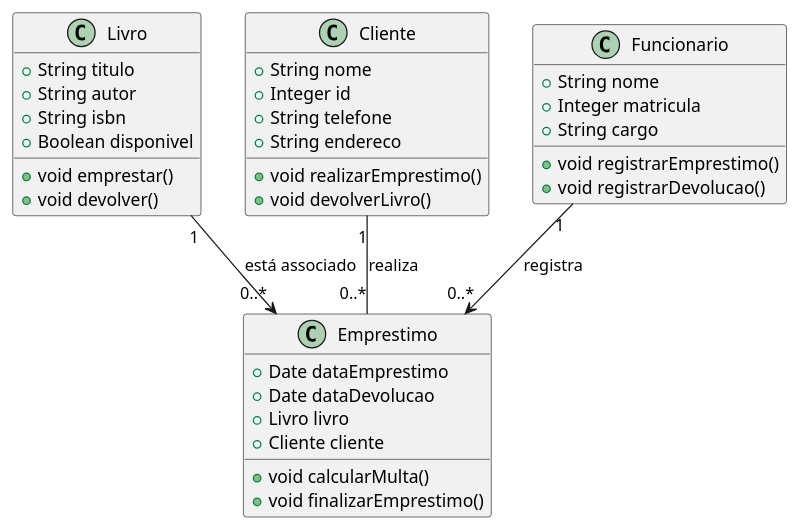
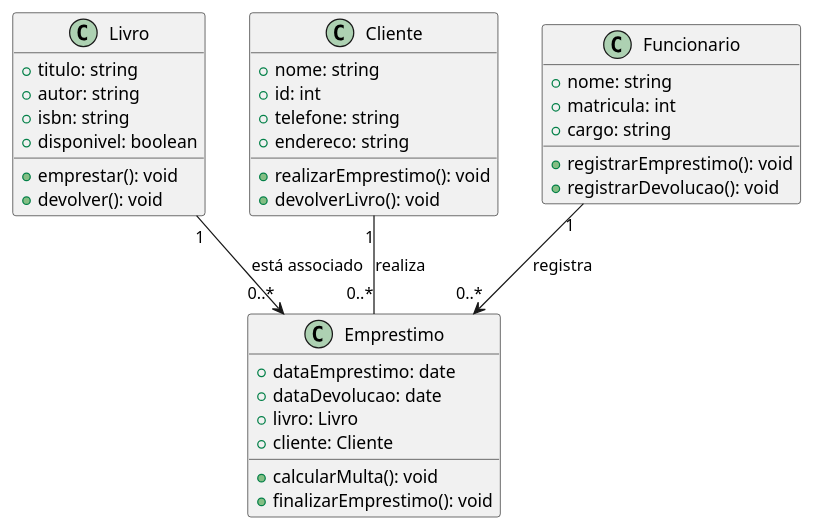
One commit to kaylannesantos/ifpi changed the diagram in analise_projeto_sistemas-2024.2/exercicio7/DC-biblioteca.puml. Above: the diagram before and after it, drawn with PlantUML. The commit also changed 5 other files, not shown here.

```diff
--- a/analise_projeto_sistemas-2024.2/exercicio7/DC-biblioteca.puml
+++ b/analise_projeto_sistemas-2024.2/exercicio7/DC-biblioteca.puml
@@ -1,46 +1,43 @@
 @startuml Diagrama de Classe - Biblioteca
-' Classe Livro
+
 class Livro {
-    + String titulo
-    + String autor
-    + String isbn
-    + Boolean disponivel
-    + void emprestar()
-    + void devolver()
+    + titulo: string
+    + autor: string
+    + isbn: string
+    + disponivel: boolean
+    + emprestar(): void
+    + devolver(): void
 }
 
-' Classe Cliente
 class Cliente {
-    + String nome
-    + Integer id
-    + String telefone
-    + String endereco
-    + void realizarEmprestimo()
-    + void devolverLivro()
+    + nome: string
+    + id: int
+    + telefone: string
+    + endereco: string
+    + realizarEmprestimo(): void
+    + devolverLivro(): void
 }
 
-' Classe Empréstimo
 class Emprestimo {
-    + Date dataEmprestimo
-    + Date dataDevolucao
-    + Livro livro
-    + Cliente cliente
-    + void calcularMulta()
-    + void finalizarEmprestimo()
+    + dataEmprestimo: date
+    + dataDevolucao: date
+    + livro: Livro
+    + cliente: Cliente
+    + calcularMulta(): void
+    + finalizarEmprestimo(): void
 }
 
-' Classe Funcionário
 class Funcionario {
-    + String nome
-    + Integer matricula
-    + String cargo
-    + void registrarEmprestimo()
-    + void registrarDevolucao()
+    + nome: string
+    + matricula: int
+    + cargo: string
+    + registrarEmprestimo(): void
+    + registrarDevolucao(): void
 }
 
 ' Relacionamentos
 Cliente "1" -- "0..*" Emprestimo : realiza
 Livro "1" --> "0..*" Emprestimo : está associado
 Funcionario "1" --> "0..*" Emprestimo : registra
 
 @enduml
```
